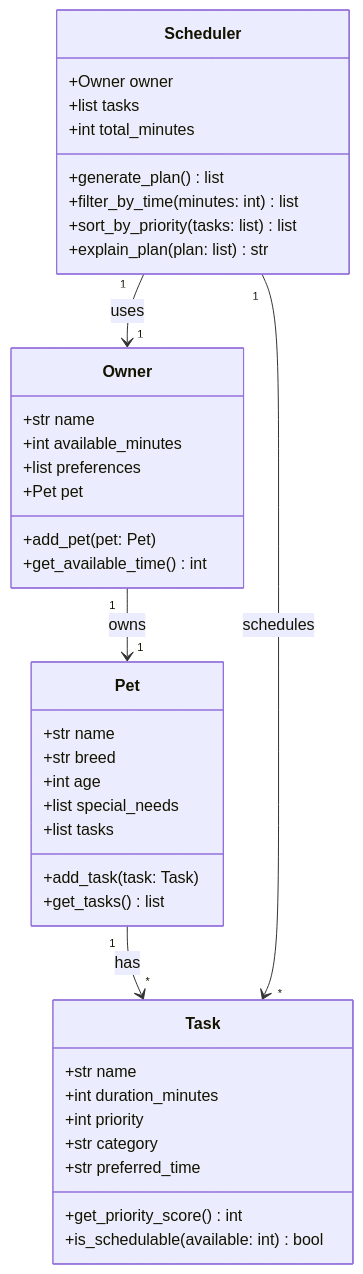
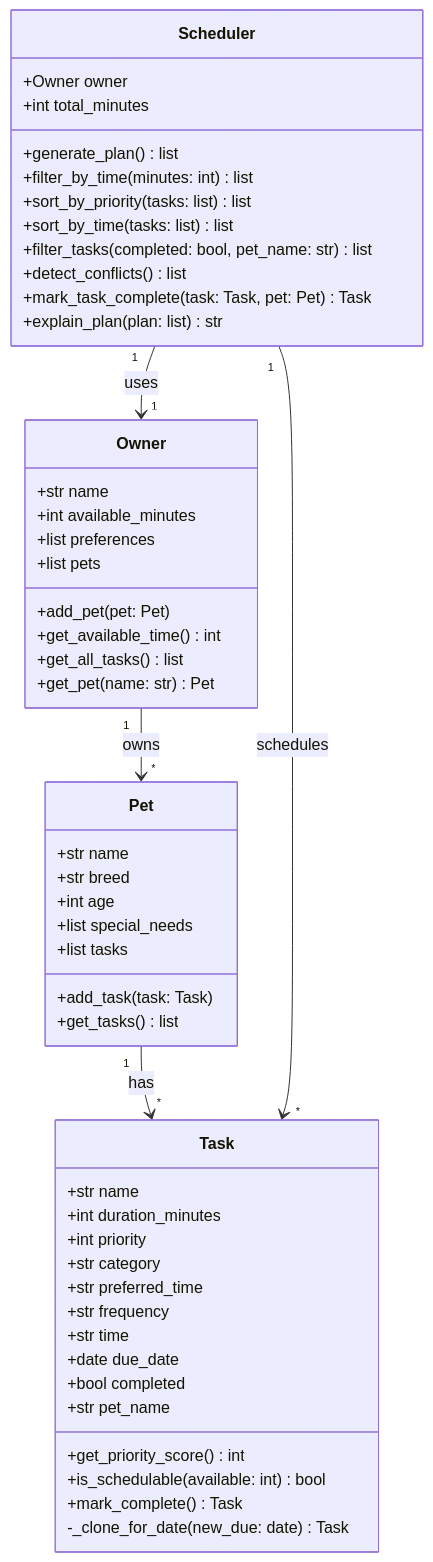
The diagram in reflection.md (Paradox560/ai110-module2show-pawpal-starter), drawn with Mermaid before and after one commit. The commit also changed other lines of this file and 5 other files, not shown here.

````diff
--- a/reflection.md
+++ b/reflection.md
@@ -13,46 +13,58 @@
 ```mermaid
 classDiagram
     class Owner {
         +str name
         +int available_minutes
         +list preferences
-        +Pet pet
+        +list pets
         +add_pet(pet: Pet)
         +get_available_time() int
+        +get_all_tasks() list
+        +get_pet(name: str) Pet
     }
 
     class Pet {
         +str name
         +str breed
         +int age
         +list special_needs
         +list tasks
         +add_task(task: Task)
         +get_tasks() list
     }
 
     class Task {
         +str name
         +int duration_minutes
         +int priority
         +str category
         +str preferred_time
+        +str frequency
+        +str time
+        +date due_date
+        +bool completed
+        +str pet_name
         +get_priority_score() int
         +is_schedulable(available: int) bool
+        +mark_complete() Task
+        -_clone_for_date(new_due: date) Task
     }
 
     class Scheduler {
         +Owner owner
-        +list tasks
         +int total_minutes
         +generate_plan() list
         +filter_by_time(minutes: int) list
         +sort_by_priority(tasks: list) list
+        +sort_by_time(tasks: list) list
+        +filter_tasks(completed: bool, pet_name: str) list
+        +detect_conflicts() list
+        +mark_task_complete(task: Task, pet: Pet) Task
         +explain_plan(plan: list) str
     }
 
-    Owner "1" --> "1" Pet : owns
+    Owner "1" --> "*" Pet : owns
     Pet "1" --> "*" Task : has
     Scheduler "1" --> "1" Owner : uses
     Scheduler "1" --> "*" Task : schedules
 ```
````
